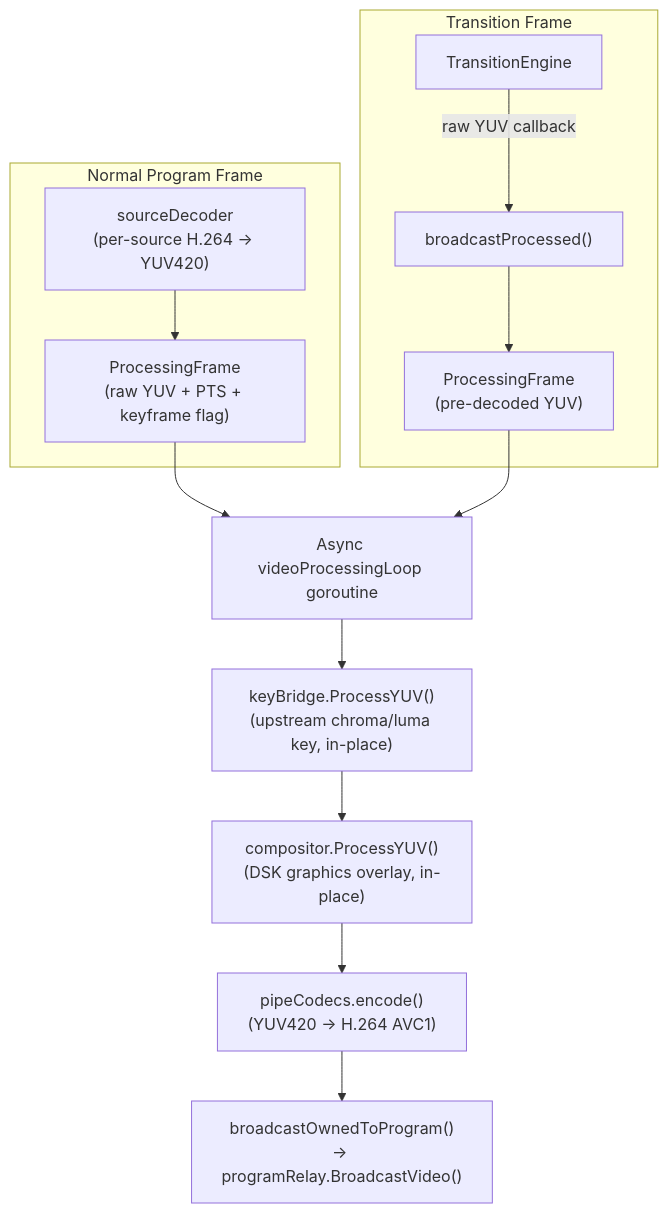
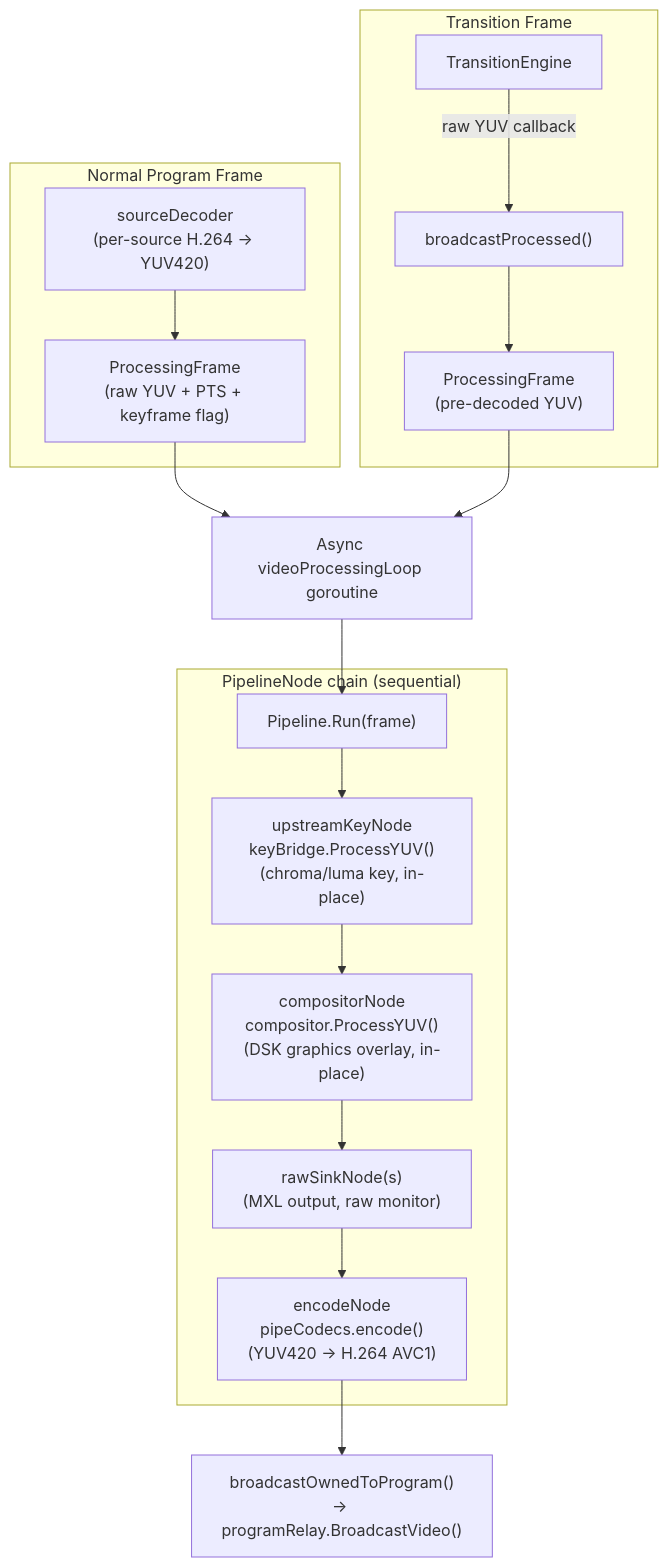
Diagram 15 of 23 in docs/architecture.md (zsiec/switchframe), drawn with Mermaid before and after one commit. The commit also changed other lines of this file, not shown here.

First line of the commit message:
docs(architecture): update diagrams and text for Pipeline.Run() node chain

````diff
--- a/docs/architecture.md
+++ b/docs/architecture.md
@@ -933,19 +941,25 @@
 ```mermaid
 flowchart TD
     subgraph normal["Normal Program Frame"]
         frame["sourceDecoder<br/>(per-source H.264 → YUV420)"] --> pf["ProcessingFrame<br/>(raw YUV + PTS + keyframe flag)"]
     end
 
     subgraph transition["Transition Frame"]
         te["TransitionEngine"] -->|"raw YUV callback"| bp["broadcastProcessed()"]
         bp --> pf2["ProcessingFrame<br/>(pre-decoded YUV)"]
     end
 
     pf --> proc["Async videoProcessingLoop goroutine"]
     pf2 --> proc
 
-    proc --> key["keyBridge.ProcessYUV()<br/>(upstream chroma/luma key, in-place)"]
-    key --> dsk["compositor.ProcessYUV()<br/>(DSK graphics overlay, in-place)"]
-    dsk --> enc["pipeCodecs.encode()<br/>(YUV420 → H.264 AVC1)"]
-    enc --> out["broadcastOwnedToProgram()<br/>→ programRelay.BroadcastVideo()"]
+    proc --> prun["Pipeline.Run(frame)"]
+
+    subgraph nodes["PipelineNode chain (sequential)"]
+        prun --> ukn["upstreamKeyNode<br/>keyBridge.ProcessYUV()<br/>(chroma/luma key, in-place)"]
+        ukn --> cn["compositorNode<br/>compositor.ProcessYUV()<br/>(DSK graphics overlay, in-place)"]
+        cn --> rsn["rawSinkNode(s)<br/>(MXL output, raw monitor)"]
+        rsn --> encn["encodeNode<br/>pipeCodecs.encode()<br/>(YUV420 → H.264 AVC1)"]
+    end
+
+    encn --> out["broadcastOwnedToProgram()<br/>→ programRelay.BroadcastVideo()"]
 ```
````
